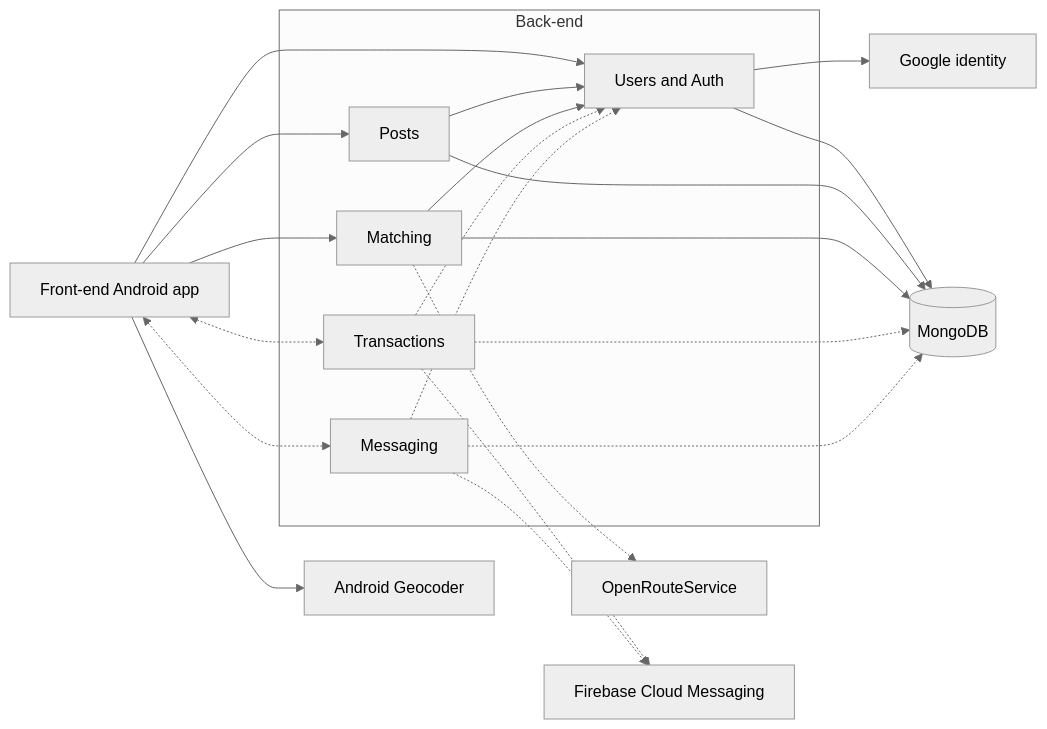
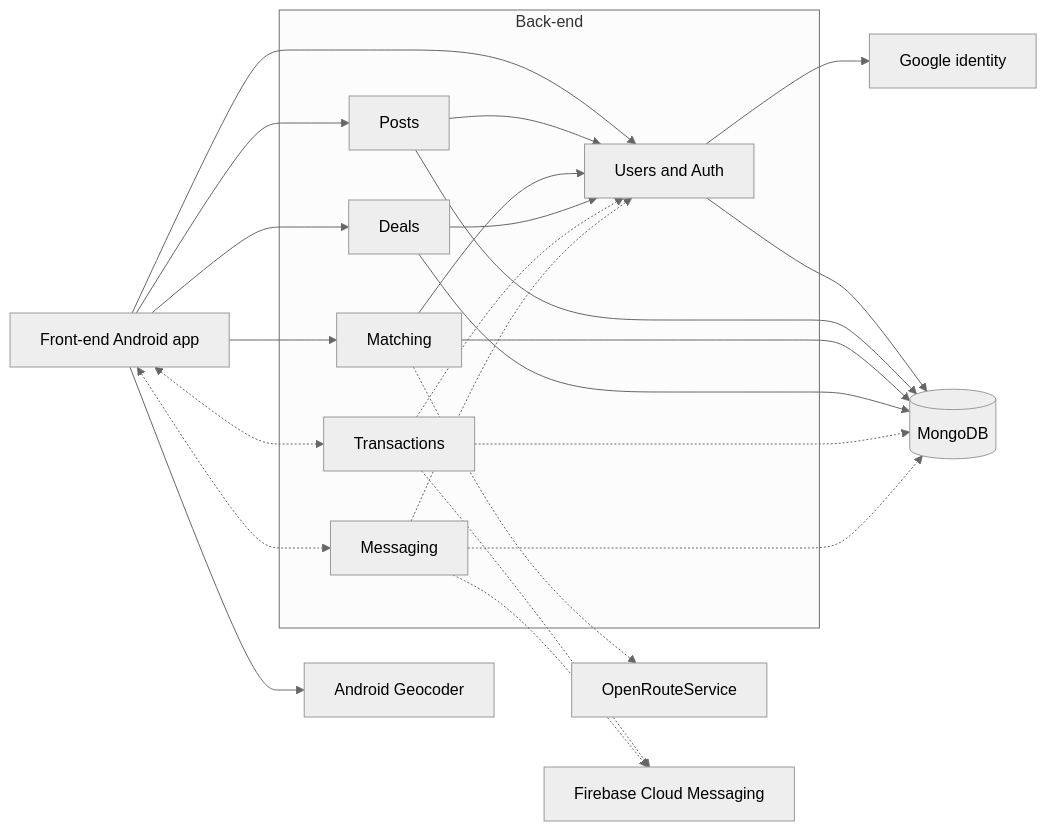
The first of 6 diagrams in documentation/Requirements_and_Design.md (m1lun/m1skeletonProject), drawn with Mermaid (neutral theme) before and after one commit. The commit also changed other lines of this file and 4 other files, not shown here.

````diff
--- a/documentation/Requirements_and_Design.md
+++ b/documentation/Requirements_and_Design.md
@@ -410,36 +436,40 @@
 ```mermaid
 flowchart LR
     FE[Front-end Android app]
     subgraph BE["Back-end"]
         UA[Users and Auth]
         P[Posts]
         M[Matching]
         T[Transactions]
         MS[Messaging]
+        D[Deals]
     end
     DB[(MongoDB)]
     G[Google identity]
     GEO[Android Geocoder]
     ORS[OpenRouteService]
     FCM[Firebase Cloud Messaging]
 
     FE --> UA
     FE --> P
     FE --> M
     FE --> GEO
+    FE --> D
     FE <-.-> T
     FE <-.-> MS
     UA --> G
     UA --> DB
     P --> UA
     P --> DB
     M --> UA
     M --> DB
+    D --> UA
+    D --> DB
     M -.-> ORS
     T -.-> UA
     T -.-> DB
     T -.-> FCM
     MS -.-> UA
     MS -.-> DB
     MS -.-> FCM
 ```
````
